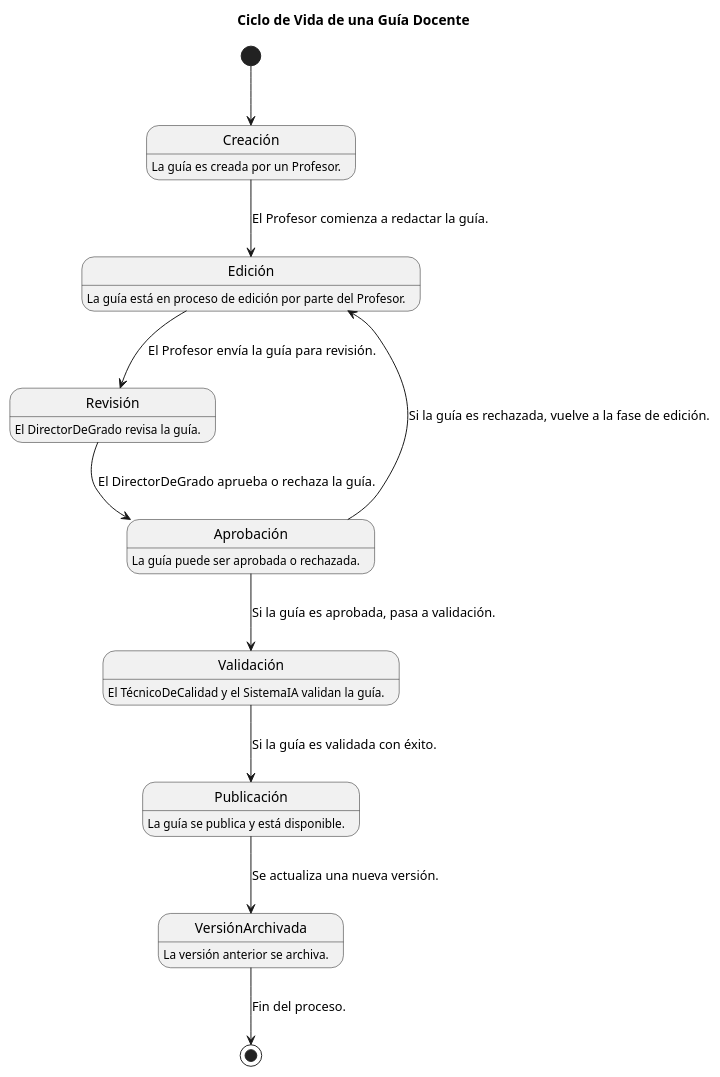
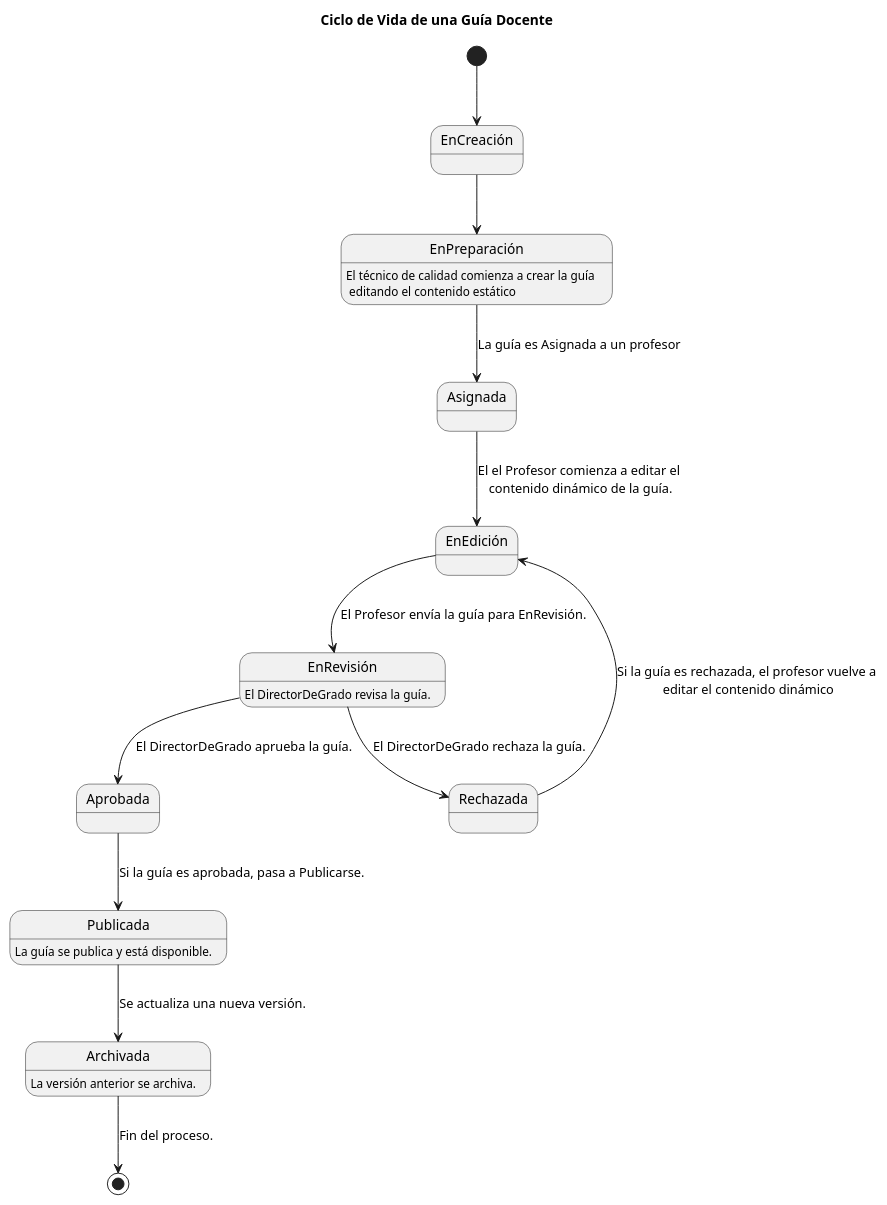
One commit to mmasias/24-25-IdSw1-SDR changed the diagram in ModeloDelDominio/diagramasEstados/DiagramaDeEstados_GuíaDocente.puml. Above: the diagram before and after it, drawn with PlantUML. The commit also changed 2 other files, not shown here.

Commit message:
Update diagrama de estados guia docente

```diff
--- a/ModeloDelDominio/diagramasEstados/DiagramaDeEstados_GuíaDocente.puml
+++ b/ModeloDelDominio/diagramasEstados/DiagramaDeEstados_GuíaDocente.puml
@@ -1,25 +1,28 @@
 @startuml Diagrama de Estados
 title Ciclo de Vida de una Guía Docente
 
-[*] --> Creación
-Creación : La guía es creada por un Profesor.
-Creación --> Edición : El Profesor comienza a redactar la guía.
-Edición : La guía está en proceso de edición por parte del Profesor.
+[*] --> EnCreación
+EnCreación --> EnPreparación
+EnPreparación: El técnico de calidad comienza a crear la guía \n editando el contenido estático
 
-Edición --> Revisión : El Profesor envía la guía para revisión.
-Revisión : El DirectorDeGrado revisa la guía.
+EnPreparación --> Asignada : La guía es Asignada a un profesor
+Asignada --> EnEdición : El el Profesor comienza a editar el\n contenido dinámico de la guía.
 
-Revisión --> Aprobación : El DirectorDeGrado aprueba o rechaza la guía.
-Aprobación : La guía puede ser aprobada o rechazada.
-Aprobación --> Edición : Si la guía es rechazada, vuelve a la fase de edición.
-Aprobación --> Validación : Si la guía es aprobada, pasa a validación.
+EnEdición --> EnRevisión : El Profesor envía la guía para EnRevisión.
+EnRevisión : El DirectorDeGrado revisa la guía.
 
-Validación : El TécnicoDeCalidad y el SistemaIA validan la guía.
-Validación --> Publicación : Si la guía es validada con éxito.
+EnRevisión --> Aprobada : El DirectorDeGrado aprueba la guía.
+EnRevisión --> Rechazada : El DirectorDeGrado rechaza la guía.
 
-Publicación : La guía se publica y está disponible.
-Publicación --> VersiónArchivada : Se actualiza una nueva versión.
-VersiónArchivada : La versión anterior se archiva.
+Rechazada --> EnEdición : Si la guía es rechazada, el profesor vuelve a\n editar el contenido dinámico
 
-VersiónArchivada --> [*] : Fin del proceso.
+Aprobada --> Publicada : Si la guía es aprobada, pasa a Publicarse.
+
+Publicada : La guía se publica y está disponible.
+
+Publicada --> Archivada : Se actualiza una nueva versión.
+
+Archivada : La versión anterior se archiva.
+
+Archivada --> [*] : Fin del proceso.
 @enduml
```
